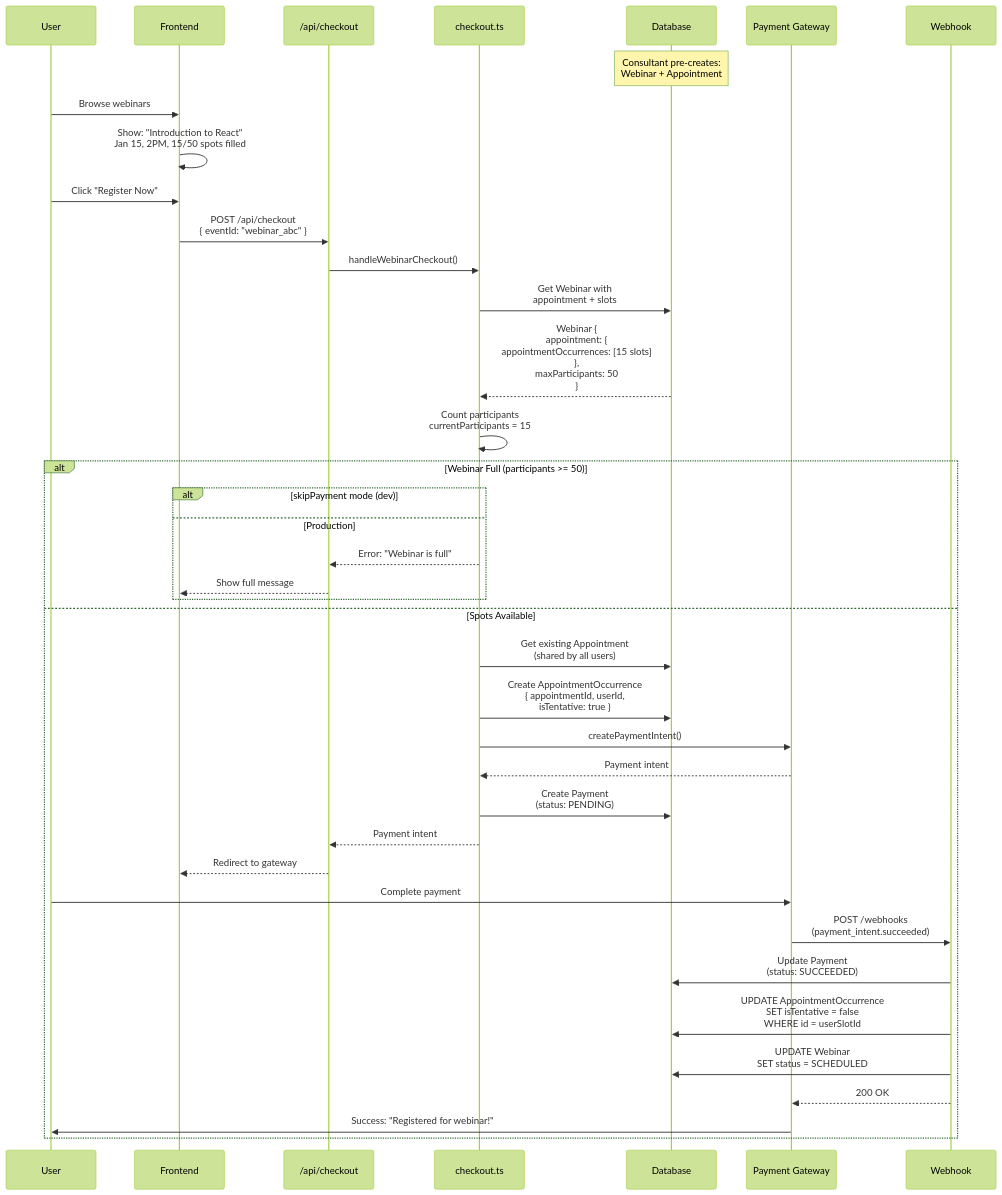
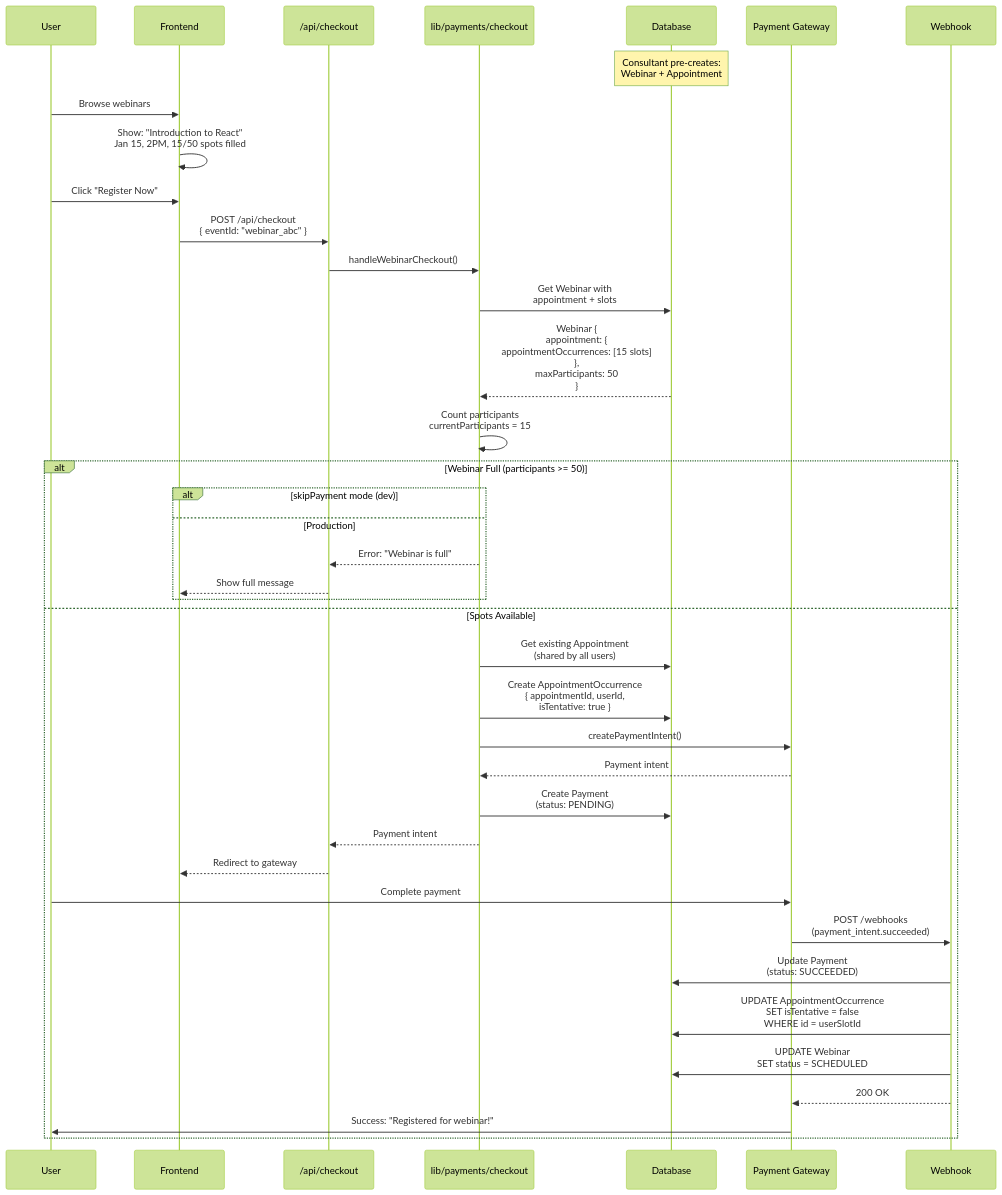
One commit to Practitionist/familiarise_web changed the first of 2 diagrams in docs/payments/checkout-flow/02-webinar-and-class.md. Above: the diagram before and after it, drawn with Mermaid (forest theme). The commit also changed other lines of this file and 78 other files, not shown here.

First line of the commit message:
docs(booking,payments): the docs and comments follow the allocation and checkout module split

````diff
--- a/docs/payments/checkout-flow/02-webinar-and-class.md
+++ b/docs/payments/checkout-flow/02-webinar-and-class.md
@@ -311,49 +311,49 @@
 ```mermaid
 sequenceDiagram
     participant U as User
     participant FE as Frontend
     participant API as /api/checkout
-    participant CO as checkout.ts
+    participant CO as lib/payments/checkout
     participant DB as Database
     participant PG as Payment Gateway
     participant WH as Webhook
 
     Note over DB: Consultant pre-creates:<br/>Webinar + Appointment
 
     U->>FE: Browse webinars
     FE->>FE: Show: "Introduction to React"<br/>Jan 15, 2PM, 15/50 spots filled
     U->>FE: Click "Register Now"
     FE->>API: POST /api/checkout<br/>{ eventId: "webinar_abc" }
 
     API->>CO: handleWebinarCheckout()
     CO->>DB: Get Webinar with<br/>appointment + slots
     DB-->>CO: Webinar {<br/>  appointment: {<br/>    appointmentOccurrences: [15 slots]<br/>  },<br/>  maxParticipants: 50<br/>}
 
     CO->>CO: Count participants<br/>currentParticipants = 15
 
     alt Webinar Full (participants >= 50)
         alt skipPayment mode (dev)
         else Production
             CO-->>API: Error: "Webinar is full"
             API-->>FE: Show full message
         end
     else Spots Available
         CO->>DB: Get existing Appointment<br/>(shared by all users)
         CO->>DB: Create AppointmentOccurrence<br/>{ appointmentId, userId,<br/>  isTentative: true }
 
         CO->>PG: createPaymentIntent()
         PG-->>CO: Payment intent
         CO->>DB: Create Payment<br/>(status: PENDING)
         CO-->>API: Payment intent
         API-->>FE: Redirect to gateway
 
         U->>PG: Complete payment
 
         PG->>WH: POST /webhooks<br/>(payment_intent.succeeded)
         WH->>DB: Update Payment<br/>(status: SUCCEEDED)
         WH->>DB: UPDATE AppointmentOccurrence<br/>SET isTentative = false<br/>WHERE id = userSlotId
         WH->>DB: UPDATE Webinar<br/>SET status = SCHEDULED
         WH-->>PG: 200 OK
         PG->>U: Success: "Registered for webinar!"
     end
 ```
````
